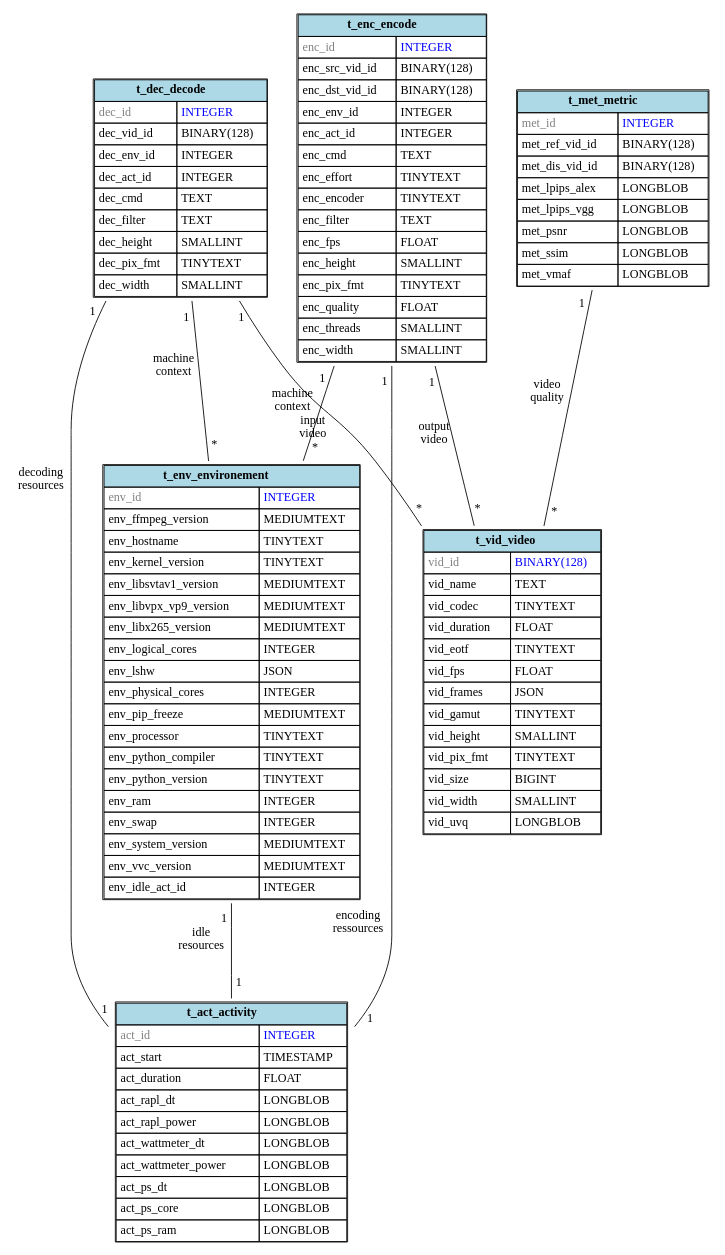
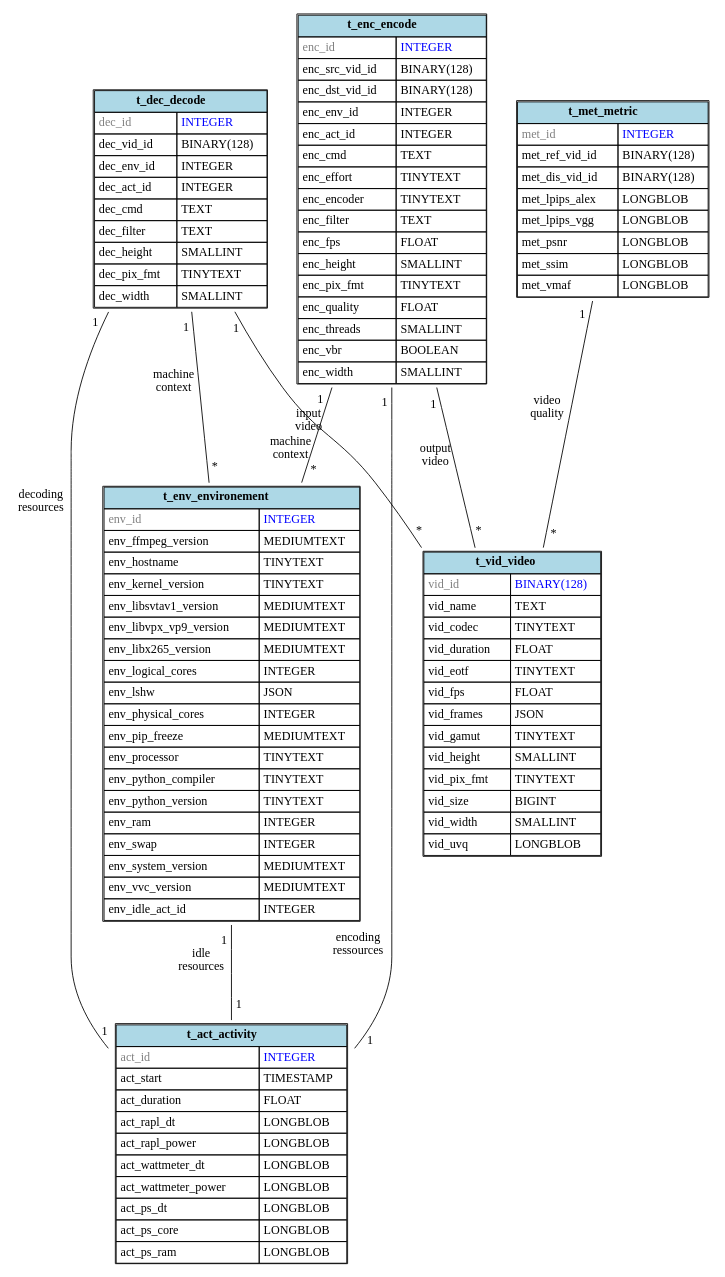
Before and after one commit to robinechuca/mendevi: the diagram in docs/images/database.dot, drawn with Graphviz. The commit also changed 7 other files, not shown here.

Commit message:
add enc_vbr option

```diff
--- a/docs/images/database.dot
+++ b/docs/images/database.dot
@@ -1,128 +1,129 @@
 # dot -Tsvg database.dot > database.svg
 graph database {
   node [shape=plaintext]
   t_act_activity [
     label=<
       <TABLE BORDER="1" CELLBORDER="1" CELLSPACING="0" CELLPADDING="4">
         <TR><TD COLSPAN="2" BGCOLOR="lightblue"><B>t_act_activity</B></TD></TR>
         <TR><TD ALIGN="LEFT"><FONT COLOR="gray">act_id</FONT></TD><TD ALIGN="LEFT"><FONT COLOR="blue">INTEGER</FONT></TD></TR>
         <TR><TD ALIGN="LEFT">act_start</TD><TD ALIGN="LEFT">TIMESTAMP</TD></TR>
         <TR><TD ALIGN="LEFT">act_duration</TD><TD ALIGN="LEFT">FLOAT</TD></TR>
         <TR><TD ALIGN="LEFT">act_rapl_dt</TD><TD ALIGN="LEFT">LONGBLOB</TD></TR>
         <TR><TD ALIGN="LEFT">act_rapl_power</TD><TD ALIGN="LEFT">LONGBLOB</TD></TR>
         <TR><TD ALIGN="LEFT">act_wattmeter_dt</TD><TD ALIGN="LEFT">LONGBLOB</TD></TR>
         <TR><TD ALIGN="LEFT">act_wattmeter_power</TD><TD ALIGN="LEFT">LONGBLOB</TD></TR>
         <TR><TD ALIGN="LEFT">act_ps_dt</TD><TD ALIGN="LEFT">LONGBLOB</TD></TR>
         <TR><TD ALIGN="LEFT">act_ps_core</TD><TD ALIGN="LEFT">LONGBLOB</TD></TR>
         <TR><TD ALIGN="LEFT">act_ps_ram</TD><TD ALIGN="LEFT">LONGBLOB</TD></TR>
       </TABLE>
     >
   ];
   t_vid_video [
     label=<
       <TABLE BORDER="1" CELLBORDER="1" CELLSPACING="0" CELLPADDING="4">
         <TR><TD COLSPAN="2" BGCOLOR="lightblue"><B>t_vid_video</B></TD></TR>
         <TR><TD ALIGN="LEFT"><FONT COLOR="gray">vid_id</FONT></TD><TD ALIGN="LEFT"><FONT COLOR="blue">BINARY(128)</FONT></TD></TR>
         <TR><TD ALIGN="LEFT">vid_name</TD><TD ALIGN="LEFT">TEXT</TD></TR>
         <TR><TD ALIGN="LEFT">vid_codec</TD><TD ALIGN="LEFT">TINYTEXT</TD></TR>
         <TR><TD ALIGN="LEFT">vid_duration</TD><TD ALIGN="LEFT">FLOAT</TD></TR>
         <TR><TD ALIGN="LEFT">vid_eotf</TD><TD ALIGN="LEFT">TINYTEXT</TD></TR>
         <TR><TD ALIGN="LEFT">vid_fps</TD><TD ALIGN="LEFT">FLOAT</TD></TR>
         <TR><TD ALIGN="LEFT">vid_frames</TD><TD ALIGN="LEFT">JSON</TD></TR>
         <TR><TD ALIGN="LEFT">vid_gamut</TD><TD ALIGN="LEFT">TINYTEXT</TD></TR>
         <TR><TD ALIGN="LEFT">vid_height</TD><TD ALIGN="LEFT">SMALLINT</TD></TR>
         <TR><TD ALIGN="LEFT">vid_pix_fmt</TD><TD ALIGN="LEFT">TINYTEXT</TD></TR>
         <TR><TD ALIGN="LEFT">vid_size</TD><TD ALIGN="LEFT">BIGINT</TD></TR>
         <TR><TD ALIGN="LEFT">vid_width</TD><TD ALIGN="LEFT">SMALLINT</TD></TR>
         <TR><TD ALIGN="LEFT">vid_uvq</TD><TD ALIGN="LEFT">LONGBLOB</TD></TR>
       </TABLE>
     >
   ];
   t_met_metric [
     label=<
       <TABLE BORDER="1" CELLBORDER="1" CELLSPACING="0" CELLPADDING="4">
         <TR><TD COLSPAN="2" BGCOLOR="lightblue"><B>t_met_metric</B></TD></TR>
         <TR><TD ALIGN="LEFT"><FONT COLOR="gray">met_id</FONT></TD><TD ALIGN="LEFT"><FONT COLOR="blue">INTEGER</FONT></TD></TR>
         <TR><TD ALIGN="LEFT">met_ref_vid_id</TD><TD ALIGN="LEFT">BINARY(128)</TD></TR>
         <TR><TD ALIGN="LEFT">met_dis_vid_id</TD><TD ALIGN="LEFT">BINARY(128)</TD></TR>
         <TR><TD ALIGN="LEFT">met_lpips_alex</TD><TD ALIGN="LEFT">LONGBLOB</TD></TR>
         <TR><TD ALIGN="LEFT">met_lpips_vgg</TD><TD ALIGN="LEFT">LONGBLOB</TD></TR>
         <TR><TD ALIGN="LEFT">met_psnr</TD><TD ALIGN="LEFT">LONGBLOB</TD></TR>
         <TR><TD ALIGN="LEFT">met_ssim</TD><TD ALIGN="LEFT">LONGBLOB</TD></TR>
         <TR><TD ALIGN="LEFT">met_vmaf</TD><TD ALIGN="LEFT">LONGBLOB</TD></TR>
       </TABLE>
     >
   ];
   t_env_environement [
     label=<
       <TABLE BORDER="1" CELLBORDER="1" CELLSPACING="0" CELLPADDING="4">
         <TR><TD COLSPAN="2" BGCOLOR="lightblue"><B>t_env_environement</B></TD></TR>
         <TR><TD ALIGN="LEFT"><FONT COLOR="gray">env_id</FONT></TD><TD ALIGN="LEFT"><FONT COLOR="blue">INTEGER</FONT></TD></TR>
         <TR><TD ALIGN="LEFT">env_ffmpeg_version</TD><TD ALIGN="LEFT">MEDIUMTEXT</TD></TR>
         <TR><TD ALIGN="LEFT">env_hostname</TD><TD ALIGN="LEFT">TINYTEXT</TD></TR>
         <TR><TD ALIGN="LEFT">env_kernel_version</TD><TD ALIGN="LEFT">TINYTEXT</TD></TR>
         <TR><TD ALIGN="LEFT">env_libsvtav1_version</TD><TD ALIGN="LEFT">MEDIUMTEXT</TD></TR>
         <TR><TD ALIGN="LEFT">env_libvpx_vp9_version</TD><TD ALIGN="LEFT">MEDIUMTEXT</TD></TR>
         <TR><TD ALIGN="LEFT">env_libx265_version</TD><TD ALIGN="LEFT">MEDIUMTEXT</TD></TR>
         <TR><TD ALIGN="LEFT">env_logical_cores</TD><TD ALIGN="LEFT">INTEGER</TD></TR>
         <TR><TD ALIGN="LEFT">env_lshw</TD><TD ALIGN="LEFT">JSON</TD></TR>
         <TR><TD ALIGN="LEFT">env_physical_cores</TD><TD ALIGN="LEFT">INTEGER</TD></TR>
         <TR><TD ALIGN="LEFT">env_pip_freeze</TD><TD ALIGN="LEFT">MEDIUMTEXT</TD></TR>
         <TR><TD ALIGN="LEFT">env_processor</TD><TD ALIGN="LEFT">TINYTEXT</TD></TR>
         <TR><TD ALIGN="LEFT">env_python_compiler</TD><TD ALIGN="LEFT">TINYTEXT</TD></TR>
         <TR><TD ALIGN="LEFT">env_python_version</TD><TD ALIGN="LEFT">TINYTEXT</TD></TR>
         <TR><TD ALIGN="LEFT">env_ram</TD><TD ALIGN="LEFT">INTEGER</TD></TR>
         <TR><TD ALIGN="LEFT">env_swap</TD><TD ALIGN="LEFT">INTEGER</TD></TR>
         <TR><TD ALIGN="LEFT">env_system_version</TD><TD ALIGN="LEFT">MEDIUMTEXT</TD></TR>
         <TR><TD ALIGN="LEFT">env_vvc_version</TD><TD ALIGN="LEFT">MEDIUMTEXT</TD></TR>
         <TR><TD ALIGN="LEFT">env_idle_act_id</TD><TD ALIGN="LEFT">INTEGER</TD></TR>
       </TABLE>
     >
   ];
   t_dec_decode [
     label=<
       <TABLE BORDER="1" CELLBORDER="1" CELLSPACING="0" CELLPADDING="4">
         <TR><TD COLSPAN="2" BGCOLOR="lightblue"><B>t_dec_decode</B></TD></TR>
         <TR><TD ALIGN="LEFT"><FONT COLOR="gray">dec_id</FONT></TD><TD ALIGN="LEFT"><FONT COLOR="blue">INTEGER</FONT></TD></TR>
         <TR><TD ALIGN="LEFT">dec_vid_id</TD><TD ALIGN="LEFT">BINARY(128)</TD></TR>
         <TR><TD ALIGN="LEFT">dec_env_id</TD><TD ALIGN="LEFT">INTEGER</TD></TR>
         <TR><TD ALIGN="LEFT">dec_act_id</TD><TD ALIGN="LEFT">INTEGER</TD></TR>
         <TR><TD ALIGN="LEFT">dec_cmd</TD><TD ALIGN="LEFT">TEXT</TD></TR>
         <TR><TD ALIGN="LEFT">dec_filter</TD><TD ALIGN="LEFT">TEXT</TD></TR>
         <TR><TD ALIGN="LEFT">dec_height</TD><TD ALIGN="LEFT">SMALLINT</TD></TR>
         <TR><TD ALIGN="LEFT">dec_pix_fmt</TD><TD ALIGN="LEFT">TINYTEXT</TD></TR>
         <TR><TD ALIGN="LEFT">dec_width</TD><TD ALIGN="LEFT">SMALLINT</TD></TR>
       </TABLE>
     >
   ];
   t_enc_encode [
     label=<
       <TABLE BORDER="1" CELLBORDER="1" CELLSPACING="0" CELLPADDING="4">
         <TR><TD COLSPAN="2" BGCOLOR="lightblue"><B>t_enc_encode</B></TD></TR>
         <TR><TD ALIGN="LEFT"><FONT COLOR="gray">enc_id</FONT></TD><TD ALIGN="LEFT"><FONT COLOR="blue">INTEGER</FONT></TD></TR>
         <TR><TD ALIGN="LEFT">enc_src_vid_id</TD><TD ALIGN="LEFT">BINARY(128)</TD></TR>
         <TR><TD ALIGN="LEFT">enc_dst_vid_id</TD><TD ALIGN="LEFT">BINARY(128)</TD></TR>
         <TR><TD ALIGN="LEFT">enc_env_id</TD><TD ALIGN="LEFT">INTEGER</TD></TR>
         <TR><TD ALIGN="LEFT">enc_act_id</TD><TD ALIGN="LEFT">INTEGER</TD></TR>
         <TR><TD ALIGN="LEFT">enc_cmd</TD><TD ALIGN="LEFT">TEXT</TD></TR>
         <TR><TD ALIGN="LEFT">enc_effort</TD><TD ALIGN="LEFT">TINYTEXT</TD></TR>
         <TR><TD ALIGN="LEFT">enc_encoder</TD><TD ALIGN="LEFT">TINYTEXT</TD></TR>
         <TR><TD ALIGN="LEFT">enc_filter</TD><TD ALIGN="LEFT">TEXT</TD></TR>
         <TR><TD ALIGN="LEFT">enc_fps</TD><TD ALIGN="LEFT">FLOAT</TD></TR>
         <TR><TD ALIGN="LEFT">enc_height</TD><TD ALIGN="LEFT">SMALLINT</TD></TR>
         <TR><TD ALIGN="LEFT">enc_pix_fmt</TD><TD ALIGN="LEFT">TINYTEXT</TD></TR>
         <TR><TD ALIGN="LEFT">enc_quality</TD><TD ALIGN="LEFT">FLOAT</TD></TR>
         <TR><TD ALIGN="LEFT">enc_threads</TD><TD ALIGN="LEFT">SMALLINT</TD></TR>
+        <TR><TD ALIGN="LEFT">enc_vbr</TD><TD ALIGN="LEFT">BOOLEAN</TD></TR>
         <TR><TD ALIGN="LEFT">enc_width</TD><TD ALIGN="LEFT">SMALLINT</TD></TR>
       </TABLE>
     >
   ];
   t_enc_encode -- t_act_activity [minlen=3, taillabel="1", headlabel="1", xlabel="encoding\nressources", labeldistance=2.0]
   t_enc_encode -- t_env_environement [minlen=3, taillabel="1", headlabel="*", xlabel="machine\ncontext", labeldistance=2.0]
   t_enc_encode -- t_vid_video [minlen=3, taillabel="1", headlabel="*", xlabel="output\nvideo", labeldistance=2.0]
   t_met_metric -- t_vid_video [minlen=3, taillabel="1", headlabel="*", xlabel="video\nquality", labeldistance=2.0]
   t_dec_decode -- t_act_activity [minlen=3, taillabel="1", headlabel="1", xlabel="decoding\nresources", labeldistance=2.0]
   t_dec_decode -- t_env_environement [minlen=3, taillabel="1", headlabel="*", xlabel="machine\ncontext", labeldistance=2.0]
   t_dec_decode -- t_vid_video [minlen=3, taillabel="1", headlabel="*", xlabel="input\nvideo", labeldistance=2.0]
   t_env_environement -- t_act_activity [minlen=3, taillabel="1", headlabel="1", xlabel="idle\nresources", labeldistance=2.0]
 }
```
